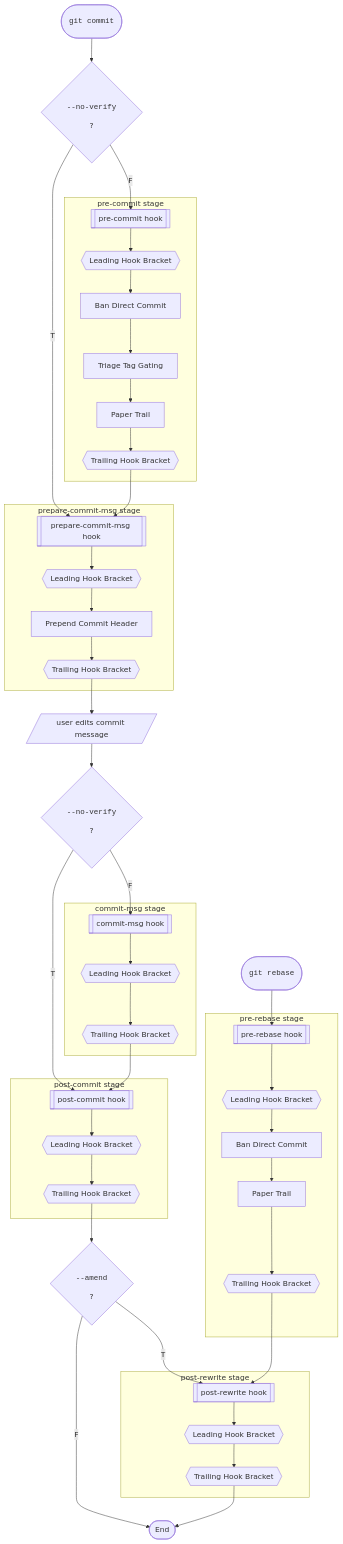
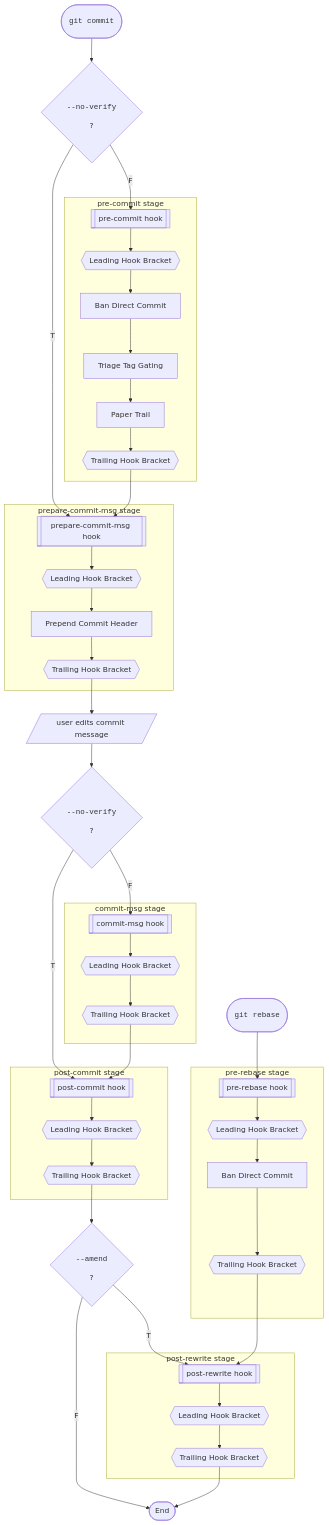
The first of 3 diagrams in docs/chain_doc.md (kami-lel/hupy), drawn with Mermaid before and after one commit. The commit also changed 7 other files, not shown here.

First line of the commit message:
remove pre-rebase paper trail, simplify changed-file paths

````diff
--- a/docs/chain_doc.md
+++ b/docs/chain_doc.md
@@ -74,60 +74,59 @@
 ```mermaid
 flowchart TD
     A([<pre><code>git commit</code></pre>])
     R([<pre><code>git rebase</code></pre>])
 
     A --> B{<pre><code>--no-verify</code></pre>?}
 
     subgraph precommit [pre-commit stage]
         C[[pre-commit hook]] --> C1{{Leading Hook Bracket}}
         C1 --> E1[Ban Direct Commit]
         E1 --> E2[Triage Tag Gating]
         E2 --> E3[Paper Trail]
         E3 --> C2{{Trailing Hook Bracket}}
     end
     B -->|F| C
 
     subgraph preparemsg [prepare-commit-msg stage]
         F[[prepare-commit-msg hook]] --> F1{{Leading Hook Bracket}}
         F1 --> G[Prepend Commit Header]
         G --> F2{{Trailing Hook Bracket}}
     end
     B -->|T| F
     C2 --> F
 
     F2 --> EditStep[/user edits commit message/]
     EditStep --> H{<pre><code>--no-verify</code></pre>?}
 
     subgraph commitmsg [commit-msg stage]
         I[[commit-msg hook]] --> I1{{Leading Hook Bracket}}
         I1 --> I2{{Trailing Hook Bracket}}
     end
     H -->|F| I
 
     subgraph postcommit [post-commit stage]
         L[[post-commit hook]] --> L1{{Leading Hook Bracket}}
         L1 --> L2{{Trailing Hook Bracket}}
     end
     H -->|T| L
     I2 --> L
 
     L2 --> N{<pre><code>--amend</code></pre>?}
 
     subgraph prerebase [pre-rebase stage]
         prb[[pre-rebase hook]] --> lead0{{Leading Hook Bracket}}
         lead0 --> bdc0[Ban Direct Commit]
-        bdc0 --> pt0[Paper Trail]
-        pt0 --> trail0{{Trailing Hook Bracket}}
+        bdc0 --> trail0{{Trailing Hook Bracket}}
     end
     R --> prb
 
     subgraph postrewrite [post-rewrite stage]
         O[[post-rewrite hook]] --> O1{{Leading Hook Bracket}}
         O1 --> O2{{Trailing Hook Bracket}}
     end
     N -->|T| O
     trail0 --> O
 
     N -->|F| P([End])
     O2 --> P
 ```
````
